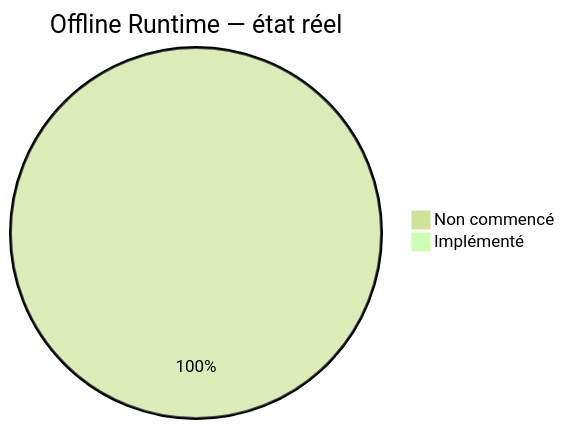
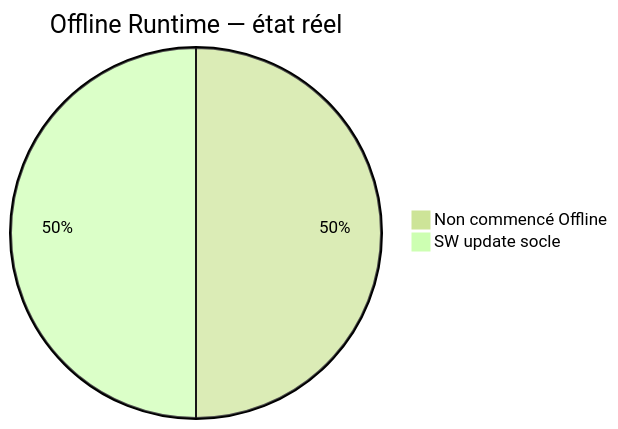
The second of 5 diagrams in docs/runtime/07_OFFLINE_STATUS.md (JavaChrist/Tai-Chi-AI-Coach), drawn with Mermaid (forest theme) before and after one commit. The commit also changed other lines of this file and 27 other files, not shown here.

First line of the commit message:
feat(pwa): add standard app update flow

````diff
--- a/docs/runtime/07_OFFLINE_STATUS.md
+++ b/docs/runtime/07_OFFLINE_STATUS.md
@@ -107,5 +109,5 @@
 ```mermaid
 pie title Offline Runtime — état réel
-  "Non commencé" : 1
-  "Implémenté" : 0
+  "Non commencé Offline" : 1
+  "SW update socle" : 1
 ```
````
